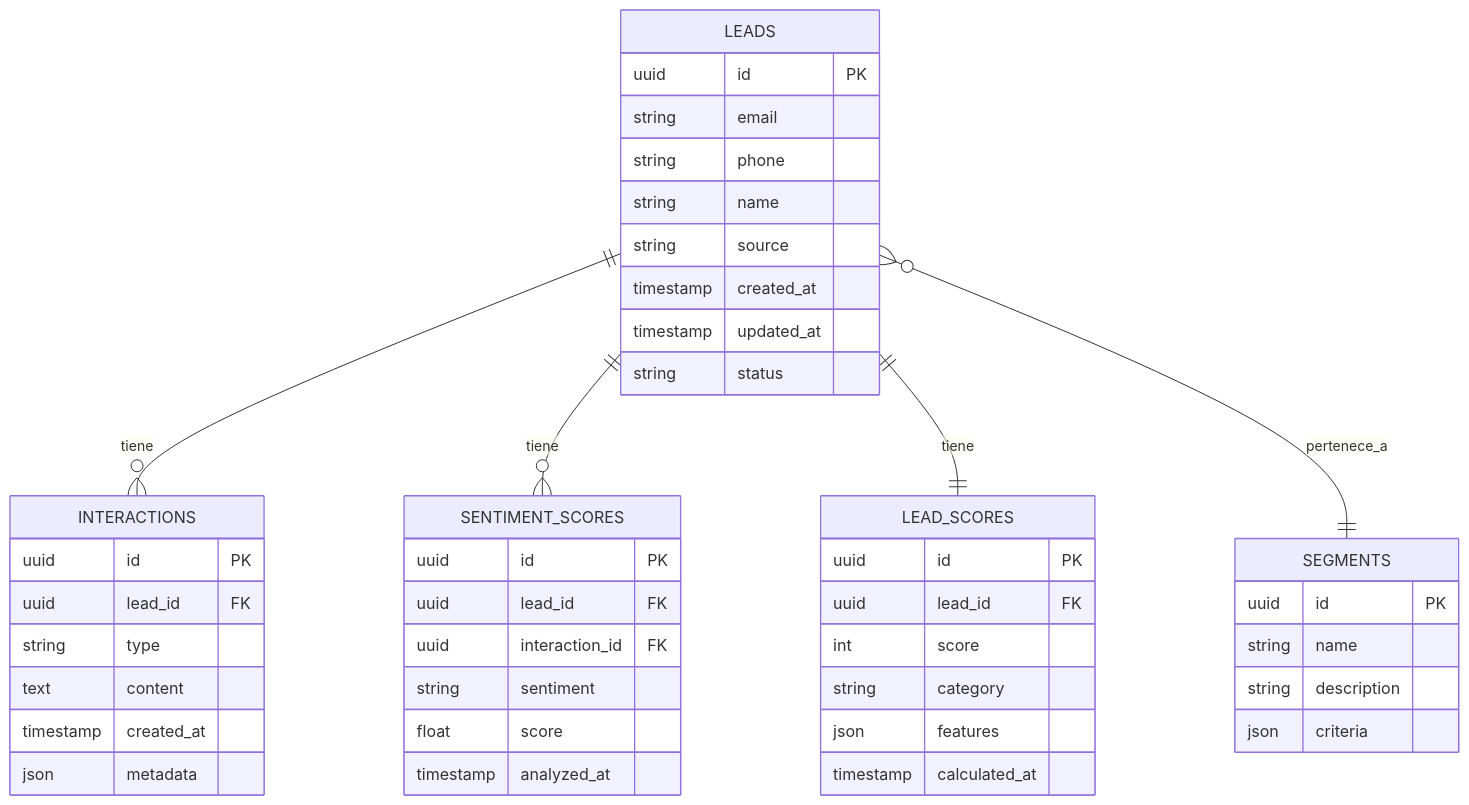
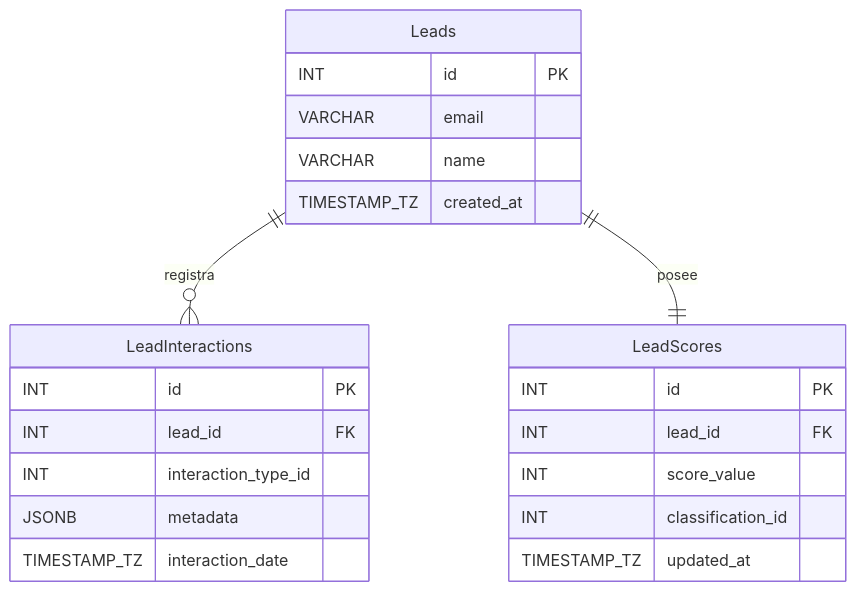
The second of 3 diagrams in README.md (No-Country-simulation/S02-26-Equipo-48--EquineLead), drawn with Mermaid before and after one commit. The commit also changed other lines of this file and 11 other files, not shown here.

````diff
--- a/README.md
+++ b/README.md
@@ -209,52 +205,28 @@
 ```mermaid
 erDiagram
-    LEADS ||--o{ INTERACTIONS : tiene
-    LEADS ||--o{ SENTIMENT_SCORES : tiene
-    LEADS ||--|| LEAD_SCORES : tiene
-    LEADS }o--|| SEGMENTS : pertenece_a
+    Leads ||--o{ LeadInteractions : registra
+    Leads ||--|| LeadScores : posee
     
-    LEADS {
-        uuid id PK
-        string email
-        string phone
-        string name
-        string source
-        timestamp created_at
-        timestamp updated_at
-        string status
+    Leads {
+        INT id PK
+        VARCHAR email
+        VARCHAR name
+        TIMESTAMP_TZ created_at
     }
     
-    INTERACTIONS {
-        uuid id PK
-        uuid lead_id FK
-        string type
-        text content
-        timestamp created_at
-        json metadata
+    LeadInteractions {
+        INT id PK
+        INT lead_id FK
+        INT interaction_type_id
+        JSONB metadata
+        TIMESTAMP_TZ interaction_date
     }
     
-    SENTIMENT_SCORES {
-        uuid id PK
-        uuid lead_id FK
-        uuid interaction_id FK
-        string sentiment
-        float score
-        timestamp analyzed_at
-    }
-    
-    LEAD_SCORES {
-        uuid id PK
-        uuid lead_id FK
-        int score
-        string category
-        json features
-        timestamp calculated_at
-    }
-    
-    SEGMENTS {
-        uuid id PK
-        string name
-        string description
-        json criteria
+    LeadScores {
+        INT id PK
+        INT lead_id FK
+        INT score_value
+        INT classification_id
+        TIMESTAMP_TZ updated_at
     }
 ```
````
